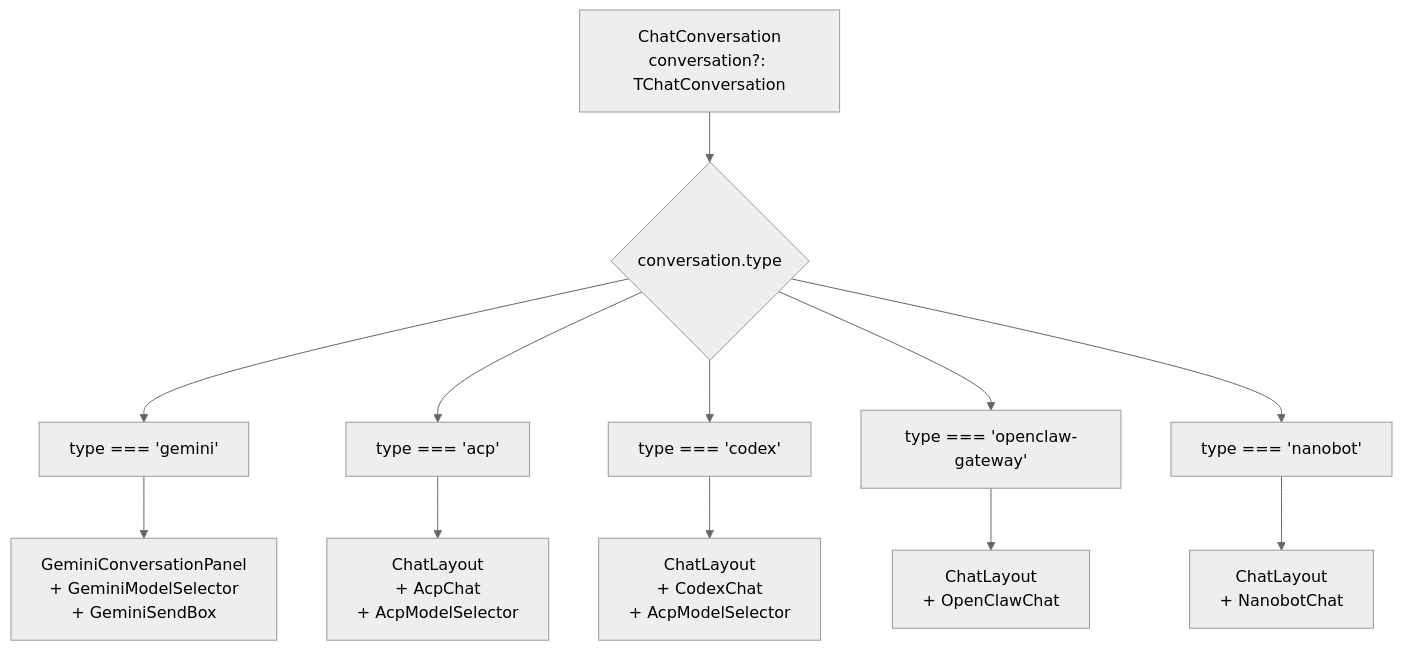
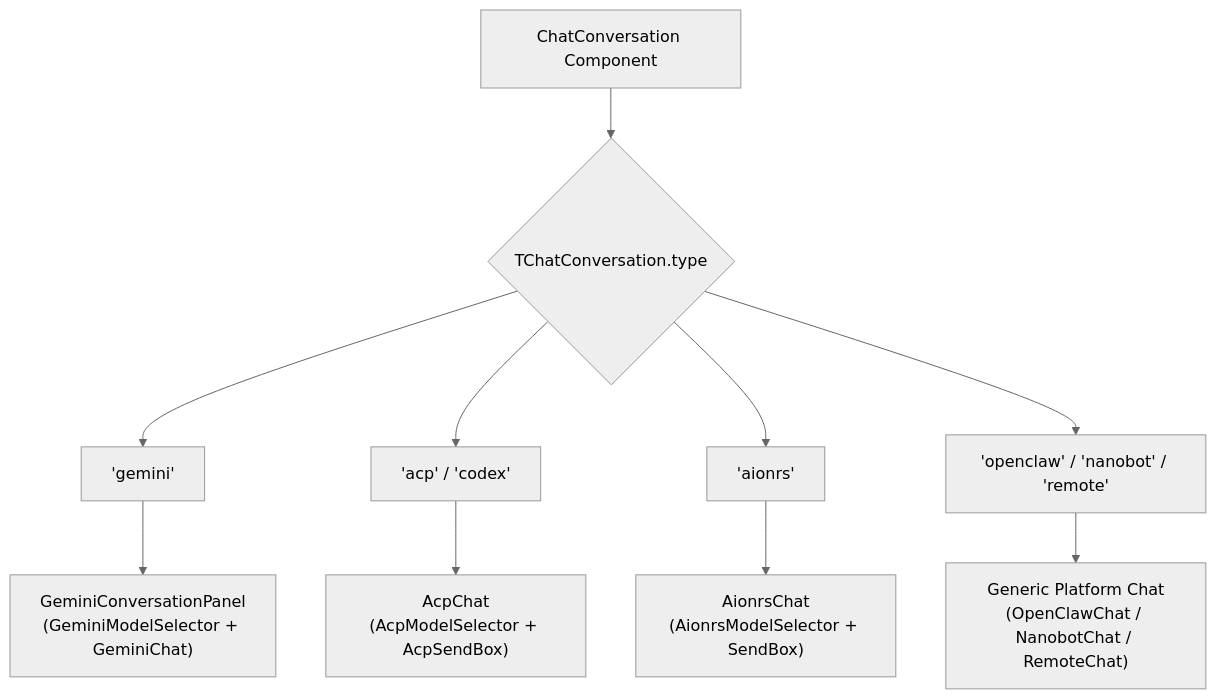
The first of 2 diagrams in docs/iOfficeAI_AionUi/user-interface/conversation-interface.md (blackcater/zentree), drawn with Mermaid (neutral theme) before and after one commit. The commit also changed other lines of this file and 232 other files, not shown here.

````diff
--- a/docs/iOfficeAI_AionUi/user-interface/conversation-interface.md
+++ b/docs/iOfficeAI_AionUi/user-interface/conversation-interface.md
@@ -50,31 +46,27 @@
 ```mermaid
 graph TB
-    Router["ChatConversation<br/>conversation?: TChatConversation"]
-
-    TypeCheck{"conversation.type"}
-
-    GeminiPath["type === 'gemini'"]
-    ACPPath["type === 'acp'"]
-    CodexPath["type === 'codex'"]
-    OpenClawPath["type === 'openclaw-gateway'"]
-    NanobotPath["type === 'nanobot'"]
-
-    GeminiPanel["GeminiConversationPanel<br/>+ GeminiModelSelector<br/>+ GeminiSendBox"]
-    ACPPanel["ChatLayout<br/>+ AcpChat<br/>+ AcpModelSelector"]
-    CodexPanel["ChatLayout<br/>+ CodexChat<br/>+ AcpModelSelector"]
-    OpenClawPanel["ChatLayout<br/>+ OpenClawChat"]
-    NanobotPanel["ChatLayout<br/>+ NanobotChat"]
-
+    Router["ChatConversation Component"]
+    
+    TypeCheck{"TChatConversation.type"}
+    
+    GeminiPath["'gemini'"]
+    ACPPath["'acp' / 'codex'"]
+    AionrsPath["'aionrs'"]
+    OtherPath["'openclaw' / 'nanobot' / 'remote'"]
+    
+    GeminiPanel["GeminiConversationPanel<br/>(GeminiModelSelector + GeminiChat)"]
+    ACPPanel["AcpChat<br/>(AcpModelSelector + AcpSendBox)"]
+    AionrsPanel["AionrsChat<br/>(AionrsModelSelector + SendBox)"]
+    GenericPanel["Generic Platform Chat<br/>(OpenClawChat / NanobotChat / RemoteChat)"]
+    
     Router --> TypeCheck
     TypeCheck --> GeminiPath
     TypeCheck --> ACPPath
-    TypeCheck --> CodexPath
-    TypeCheck --> OpenClawPath
-    TypeCheck --> NanobotPath
-
+    TypeCheck --> AionrsPath
+    TypeCheck --> OtherPath
+    
     GeminiPath --> GeminiPanel
     ACPPath --> ACPPanel
-    CodexPath --> CodexPanel
-    OpenClawPath --> OpenClawPanel
-    NanobotPath --> NanobotPanel
+    AionrsPath --> AionrsPanel
+    OtherPath --> GenericPanel
 ```
````
